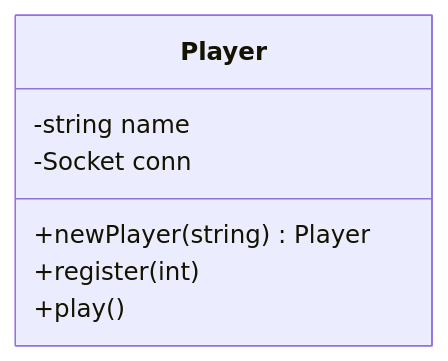
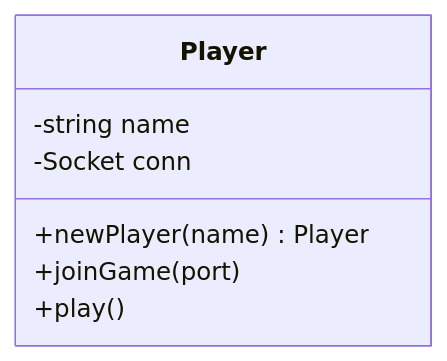
One commit to QuirozE/uix changed the second of 2 diagrams in hw/snakes_ladders/snl/README.org. Above: the diagram before and after it, drawn with Mermaid. The commit also changed other lines of this file and 2 other files, not shown here.

```diff
--- a/hw/snakes_ladders/snl/README.org
+++ b/hw/snakes_ladders/snl/README.org
@@ -61,11 +60,10 @@
 #+begin_src mermaid :file imgs/player_class.png
 classDiagram
-
   class Player {
     -string name
     -Socket conn
-    +newPlayer(string) Player
-    +register(int)
+    +newPlayer(name) Player
+    +joinGame(port)
     +play()
   }
 #+end_src
```
